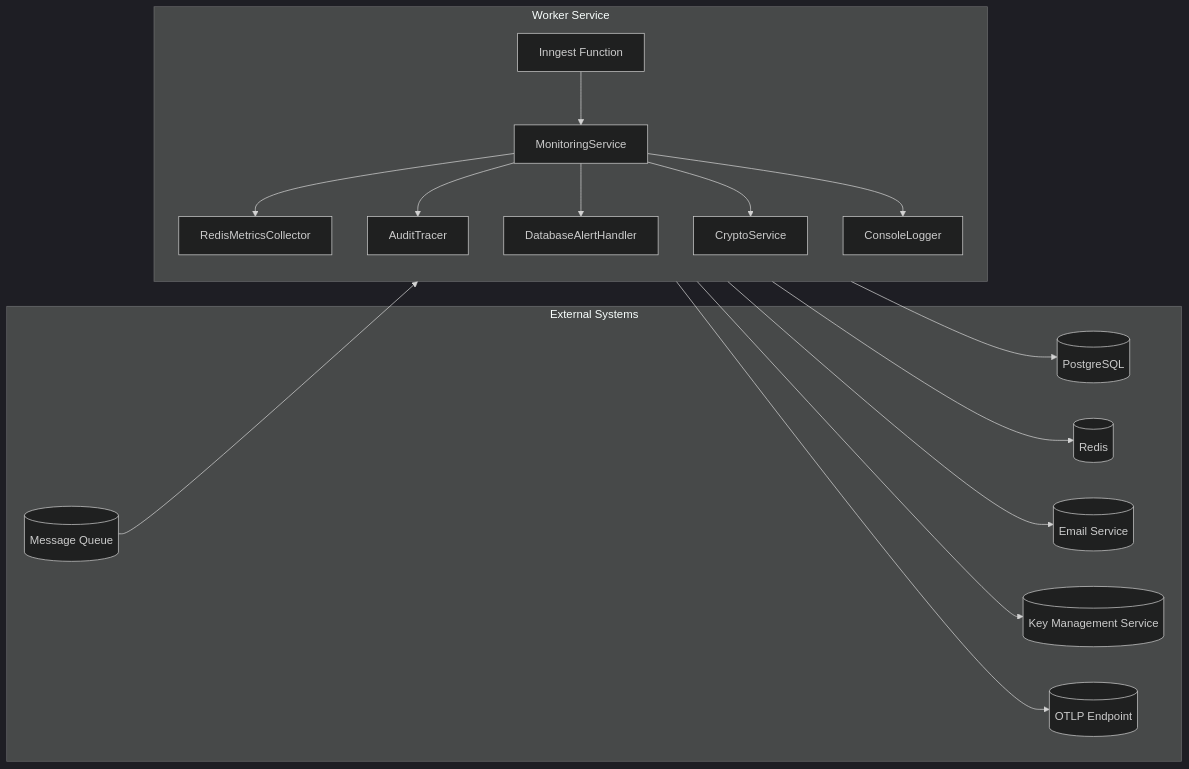
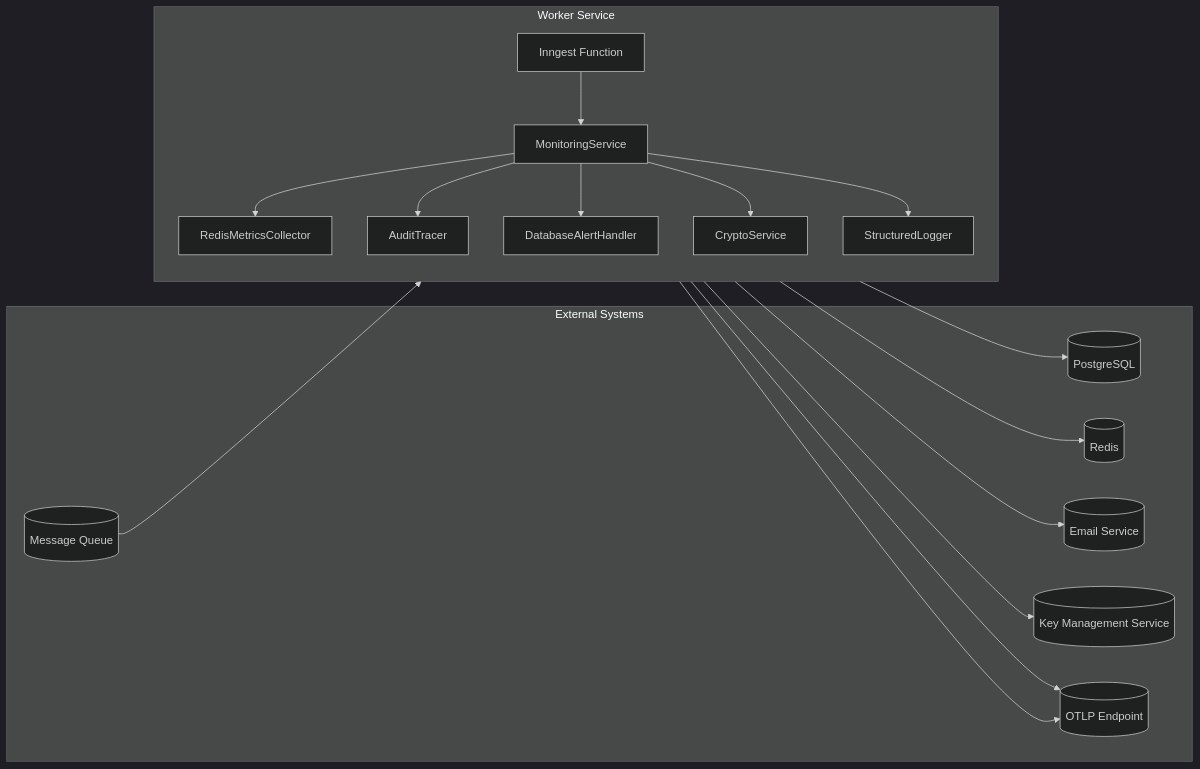
The second of 8 diagrams in .qoder/repowiki/en/content/Worker Service.md (smedrec/smart-logs), drawn with Mermaid (dark theme) before and after one commit. The commit also changed other lines of this file and 7 other files, not shown here.

First line of the commit message:
feat(observability): integrate KMS encryption and enhanced OTLP exporter with structured logging

````diff
--- a/.qoder/repowiki/en/content/Worker Service.md
+++ b/.qoder/repowiki/en/content/Worker Service.md
@@ -109,33 +109,34 @@
 ```mermaid
 graph LR
 subgraph "External Systems"
 MQ[(Message Queue)]
 DB[(PostgreSQL)]
 Cache[(Redis)]
 SMTP[(Email Service)]
 KMS[(Key Management Service)]
 OTLP[(OTLP Endpoint)]
 end
 subgraph "Worker Service"
 direction TB
 Inngest[Inngest Function]
 Monitor[MonitoringService]
 Metrics[RedisMetricsCollector]
 Tracer[AuditTracer]
 Alerts[DatabaseAlertHandler]
 Crypto[CryptoService]
-Logger[ConsoleLogger]
+Logger[StructuredLogger]
 end
 MQ --> Inngest
 Inngest --> Monitor
 Monitor --> Metrics
 Monitor --> Tracer
 Monitor --> Alerts
 Monitor --> Crypto
 Monitor --> Logger
 Crypto --> KMS
 Alerts --> DB
 Metrics --> Cache
 Monitor --> SMTP
 Tracer --> OTLP
+Logger --> OTLP
 ```
````
